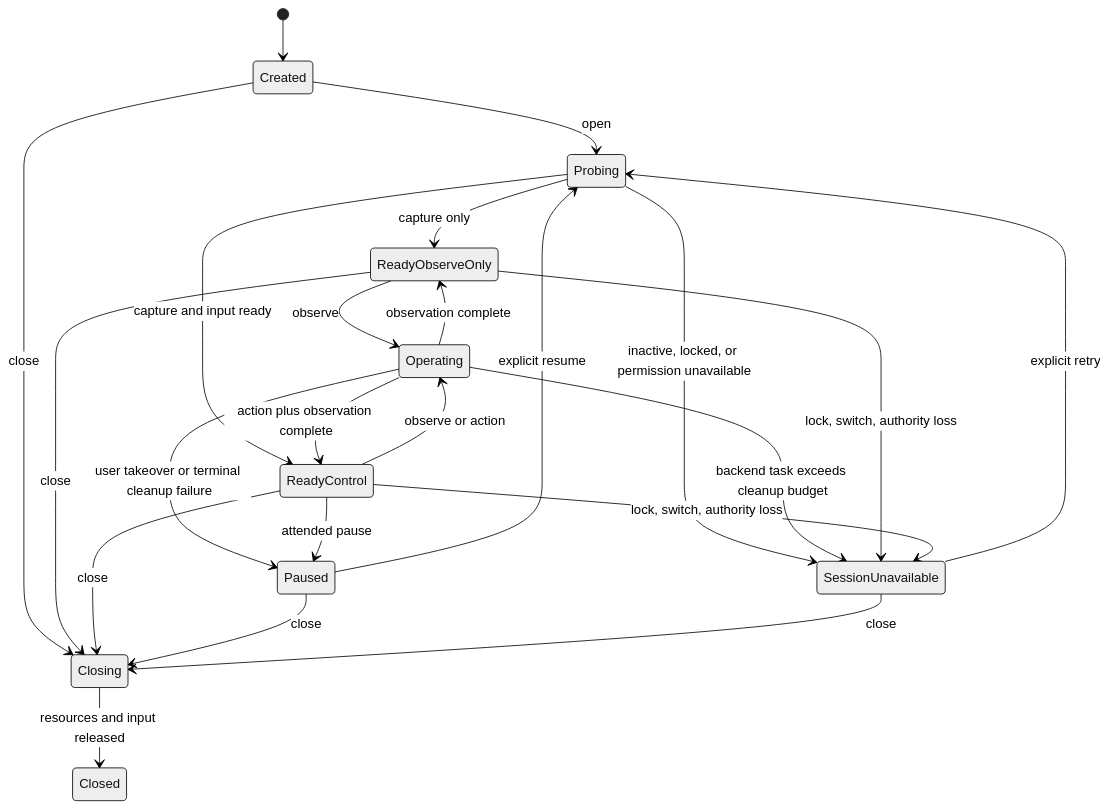
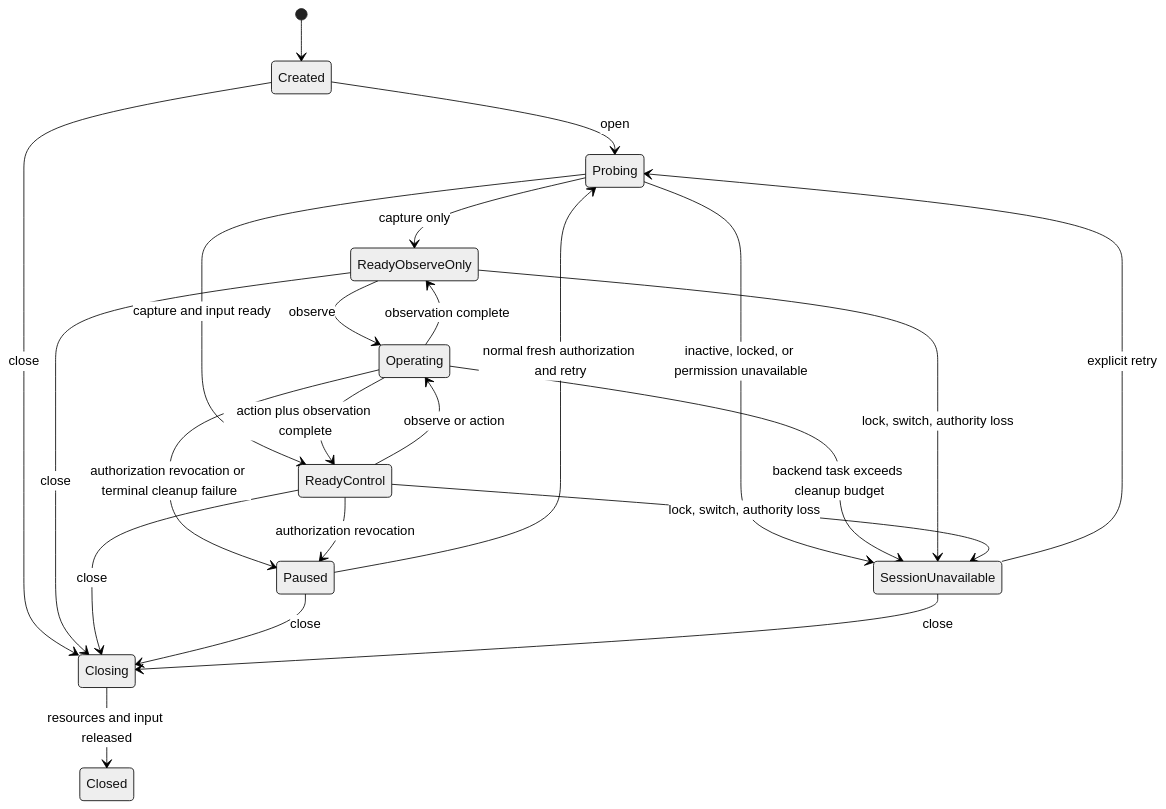
One commit to Wh1isper/starweaver changed the third of 3 diagrams in spec/computer-use/02-service-contract-and-state-machine.md. Above: the diagram before and after it, drawn with Mermaid (neutral theme). The commit also changed other lines of this file and 38 other files, not shown here.

````diff
--- a/spec/computer-use/02-service-contract-and-state-machine.md
+++ b/spec/computer-use/02-service-contract-and-state-machine.md
@@ -658,25 +659,25 @@
 ```mermaid
 stateDiagram-v2
     [*] --> Created
     Created --> Probing: open
     Probing --> ReadyObserveOnly: capture only
     Probing --> ReadyControl: capture and input ready
     Probing --> SessionUnavailable: inactive, locked, or permission unavailable
     ReadyObserveOnly --> Operating: observe
     ReadyControl --> Operating: observe or action
     Operating --> ReadyObserveOnly: observation complete
     Operating --> ReadyControl: action plus observation complete
-    Operating --> Paused: user takeover or terminal cleanup failure
+    Operating --> Paused: authorization revocation or terminal cleanup failure
     Operating --> SessionUnavailable: backend task exceeds cleanup budget
-    ReadyControl --> Paused: attended pause
+    ReadyControl --> Paused: authorization revocation
     ReadyObserveOnly --> SessionUnavailable: lock, switch, authority loss
     ReadyControl --> SessionUnavailable: lock, switch, authority loss
-    Paused --> Probing: explicit resume
+    Paused --> Probing: normal fresh authorization and retry
     SessionUnavailable --> Probing: explicit retry
     Created --> Closing: close
     ReadyObserveOnly --> Closing: close
     ReadyControl --> Closing: close
     Paused --> Closing: close
     SessionUnavailable --> Closing: close
     Closing --> Closed: resources and input released
 ```
````
